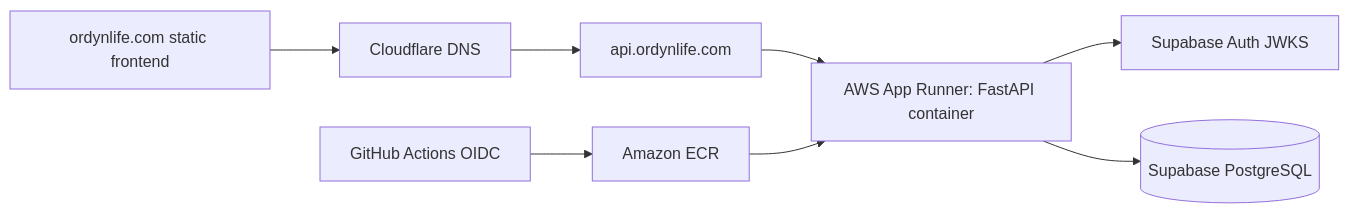
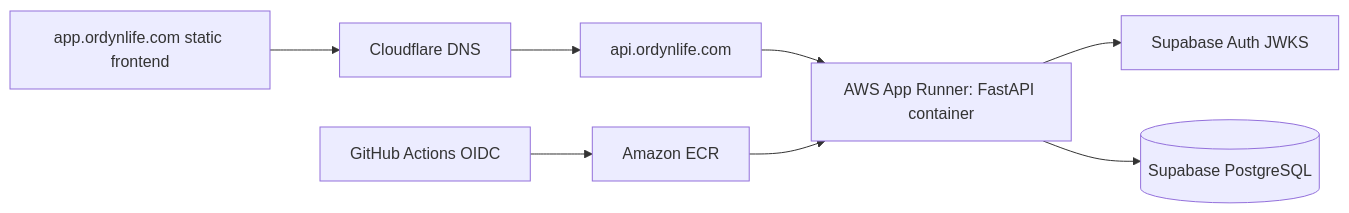
One commit to vini-araujo/Productivity-App changed the diagram in docs/backend-deployment-plan.md. Above: the diagram before and after it, drawn with Mermaid. The commit also changed other lines of this file and 24 other files, not shown here.

````diff
--- a/docs/backend-deployment-plan.md
+++ b/docs/backend-deployment-plan.md
@@ -34,11 +36,11 @@
 ```mermaid
 flowchart LR
-    Browser[ordynlife.com static frontend]
+    Browser[app.ordynlife.com static frontend]
     Browser --> Cloudflare[Cloudflare DNS]
     Cloudflare --> APIHost[api.ordynlife.com]
     APIHost --> AppRunner[AWS App Runner: FastAPI container]
     AppRunner --> SupabaseAuth[Supabase Auth JWKS]
     AppRunner --> SupabaseDB[(Supabase PostgreSQL)]
     GitHub[GitHub Actions OIDC] --> ECR[Amazon ECR]
     ECR --> AppRunner
 ```
````
